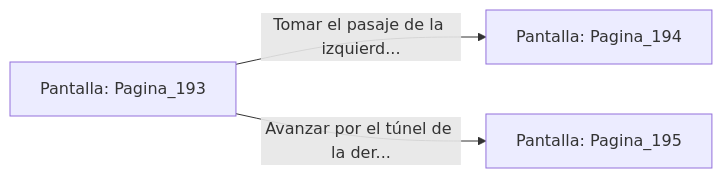
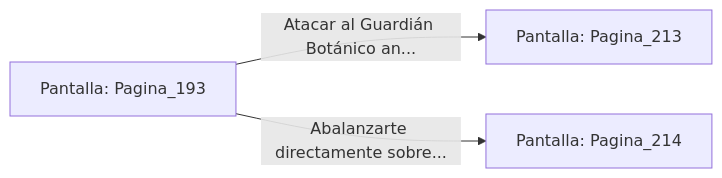
Before and after one commit to metsuke/mpl: the diagram in sample/eligejuego-vault/Pantalla_Pagina_193.md, drawn with Mermaid. The commit also changed other lines of this file and 635 other files, not shown here.

First line of the commit message:
fix: añadir Pagina_1 como pantalla inicial en capitulo_01.mpl

````diff
--- a/sample/eligejuego-vault/Pantalla_Pagina_193.md
+++ b/sample/eligejuego-vault/Pantalla_Pagina_193.md
@@ -20,6 +24,6 @@
 ```mermaid
 graph LR
     P_Pagina_193["Pantalla: Pagina_193"]
-    P_Pagina_193 -->|"Tomar el pasaje de la izquierd..."| P_Pagina_194["Pantalla: Pagina_194"]
-    P_Pagina_193 -->|"Avanzar por el túnel de la der..."| P_Pagina_195["Pantalla: Pagina_195"]
+    P_Pagina_193 -->|"Atacar al Guardián Botánico an..."| P_Pagina_213["Pantalla: Pagina_213"]
+    P_Pagina_193 -->|"Abalanzarte directamente sobre..."| P_Pagina_214["Pantalla: Pagina_214"]
 ```
````
